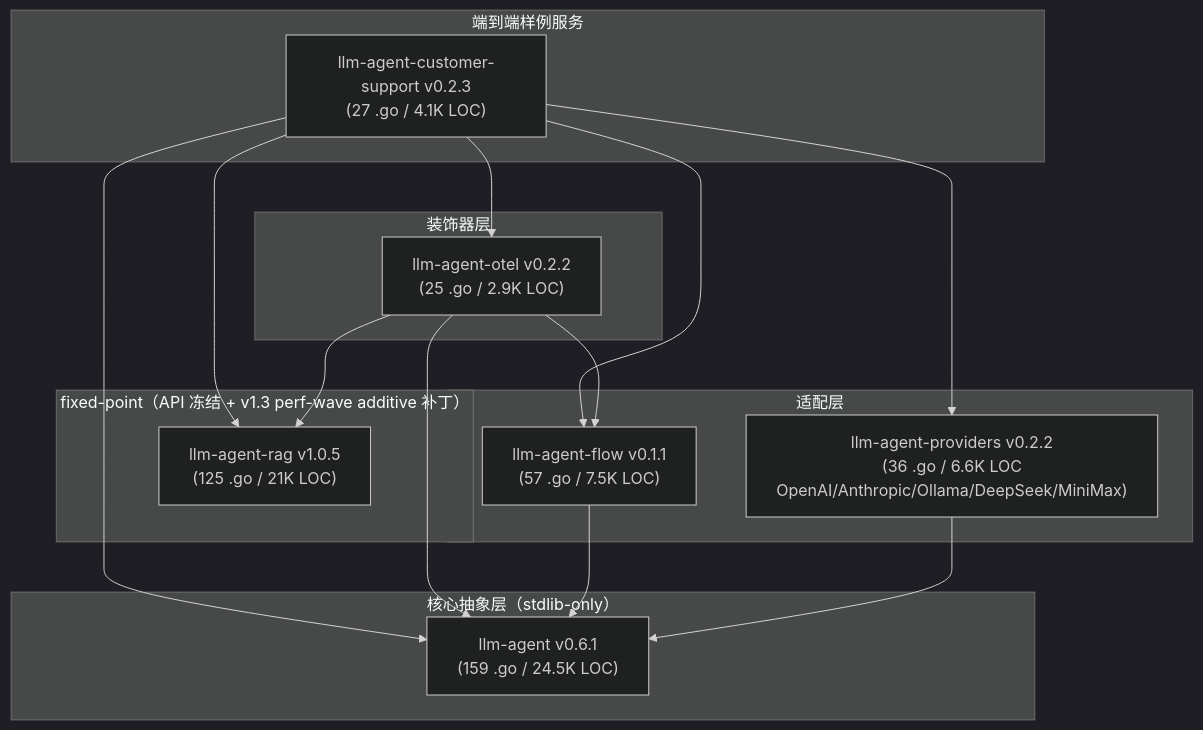
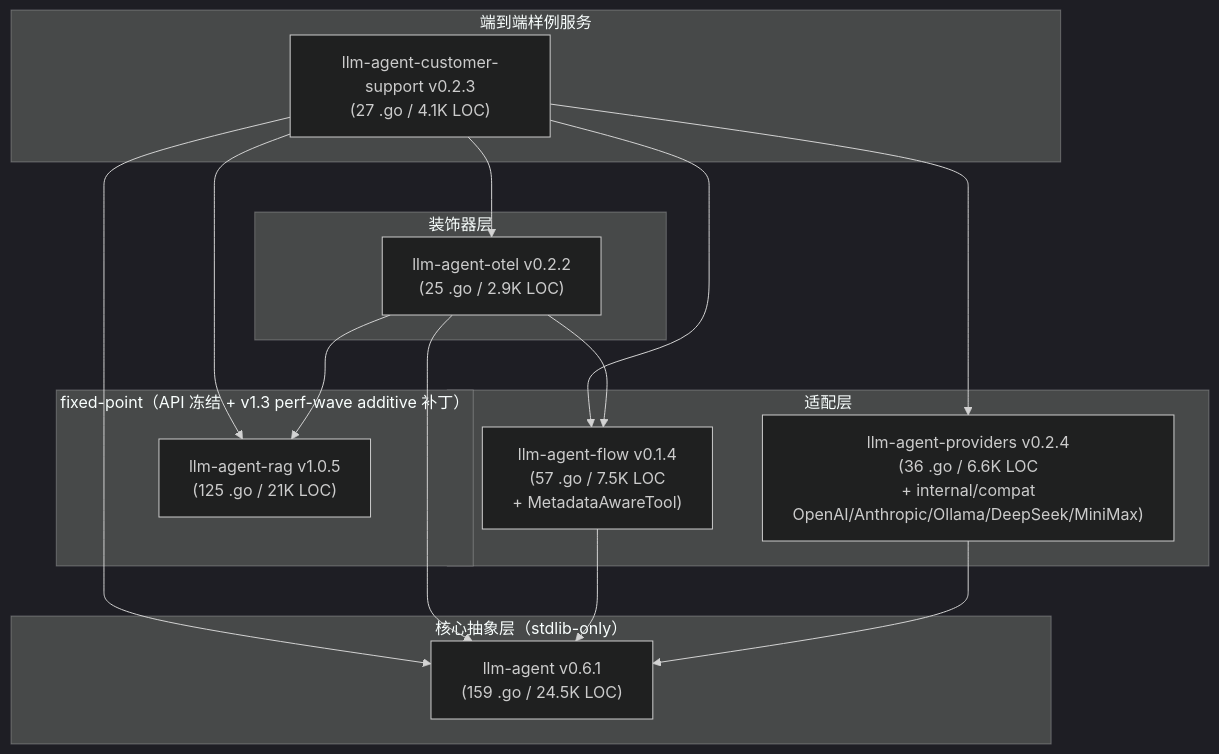
Before and after one commit to costa92/llm-agent-ecosystem: the diagram in docs/ecosystem-design-review.zh-CN.md, drawn with Mermaid (dark theme). The commit also changed other lines of this file and 6 other files, not shown here.

````diff
--- a/docs/ecosystem-design-review.zh-CN.md
+++ b/docs/ecosystem-design-review.zh-CN.md
@@ -34,34 +36,34 @@
 ```mermaid
 flowchart TB
     subgraph fixedpoint["fixed-point（API 冻结 + v1.3 perf-wave additive 补丁）"]
         rag["llm-agent-rag v1.0.5<br/>(125 .go / 21K LOC)"]
     end
 
     subgraph core["核心抽象层（stdlib-only）"]
         agent["llm-agent v0.6.1<br/>(159 .go / 24.5K LOC)"]
     end
 
     subgraph adapter["适配层"]
-        providers["llm-agent-providers v0.2.2<br/>(36 .go / 6.6K LOC<br/>OpenAI/Anthropic/Ollama/DeepSeek/MiniMax)"]
-        flow["llm-agent-flow v0.1.1<br/>(57 .go / 7.5K LOC)"]
+        providers["llm-agent-providers v0.2.4<br/>(36 .go / 6.6K LOC<br/>+ internal/compat<br/>OpenAI/Anthropic/Ollama/DeepSeek/MiniMax)"]
+        flow["llm-agent-flow v0.1.4<br/>(57 .go / 7.5K LOC<br/>+ MetadataAwareTool)"]
     end
 
     subgraph decorator["装饰器层"]
         otel["llm-agent-otel v0.2.2<br/>(25 .go / 2.9K LOC)"]
     end
 
     subgraph service["端到端样例服务"]
         cs["llm-agent-customer-support v0.2.3<br/>(27 .go / 4.1K LOC)"]
     end
 
     providers --> agent
     flow --> agent
     otel --> agent
     otel --> rag
     otel --> flow
     cs --> agent
     cs --> providers
     cs --> otel
     cs --> flow
     cs --> rag
 ```
````
